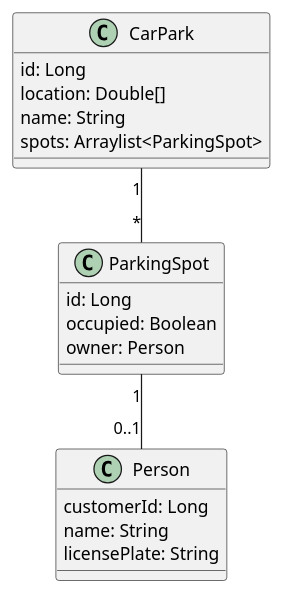
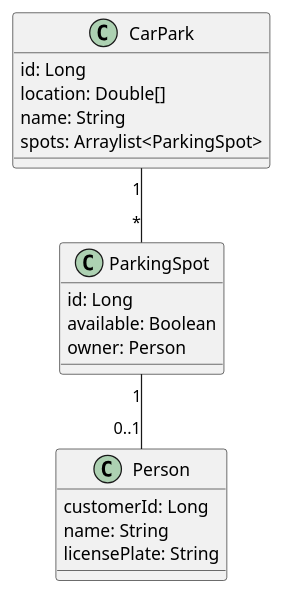
One commit to 2122-5ahitm-sew/01-microproject-wiesingerjonas changed the diagram in asciidocs/cld.puml. Above: the diagram before and after it, drawn with PlantUML. The commit also changed 1 other file, not shown here.

Commit message:
Wiesinger | change "occupied" to "available"

```diff
--- a/asciidocs/cld.puml
+++ b/asciidocs/cld.puml
@@ -1,24 +1,24 @@
 @startuml
 
 class CarPark {
     id: Long
     location: Double[]
     name: String
     spots: Arraylist<ParkingSpot>
 }
 
 class ParkingSpot {
     id: Long
-    occupied: Boolean
+    available: Boolean
     owner: Person
 }
 
 class Person {
     customerId: Long
     name: String
     licensePlate: String
 }
 
 CarPark "1" -- "*" ParkingSpot
 ParkingSpot "1" -- "0..1" Person
 @enduml
```
